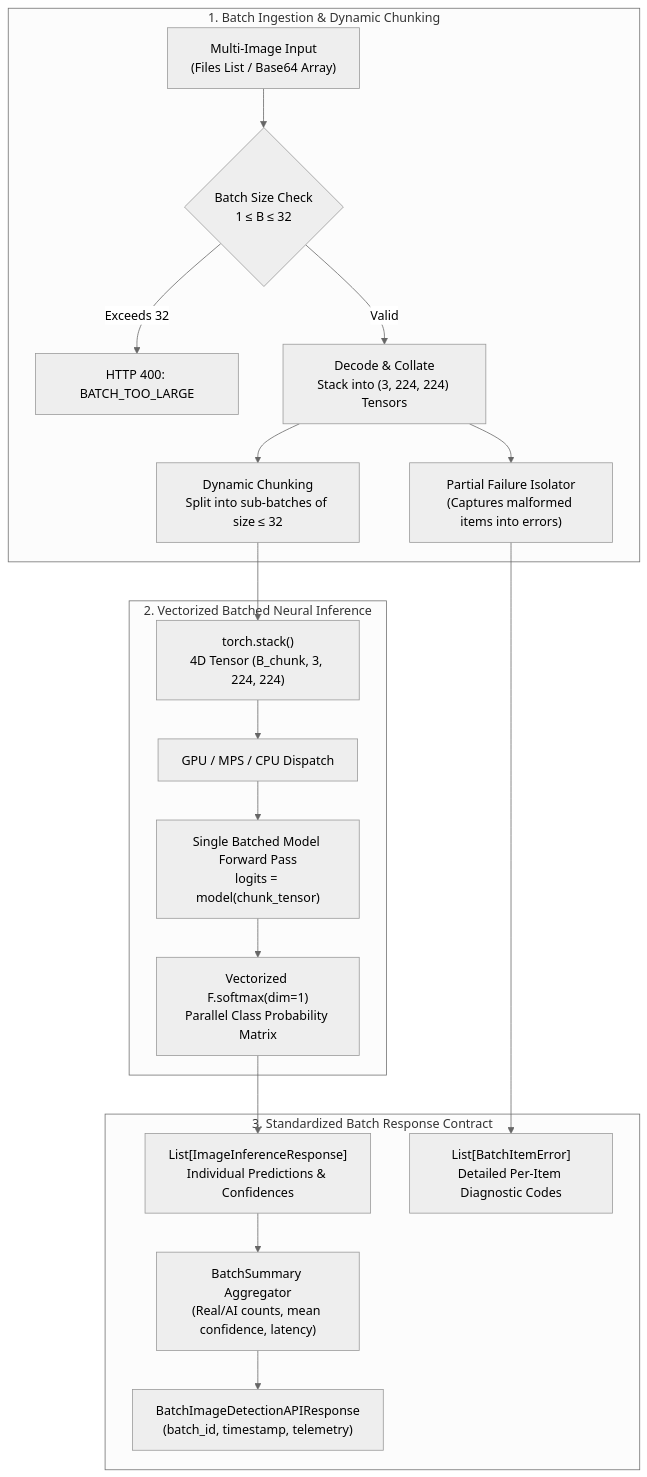
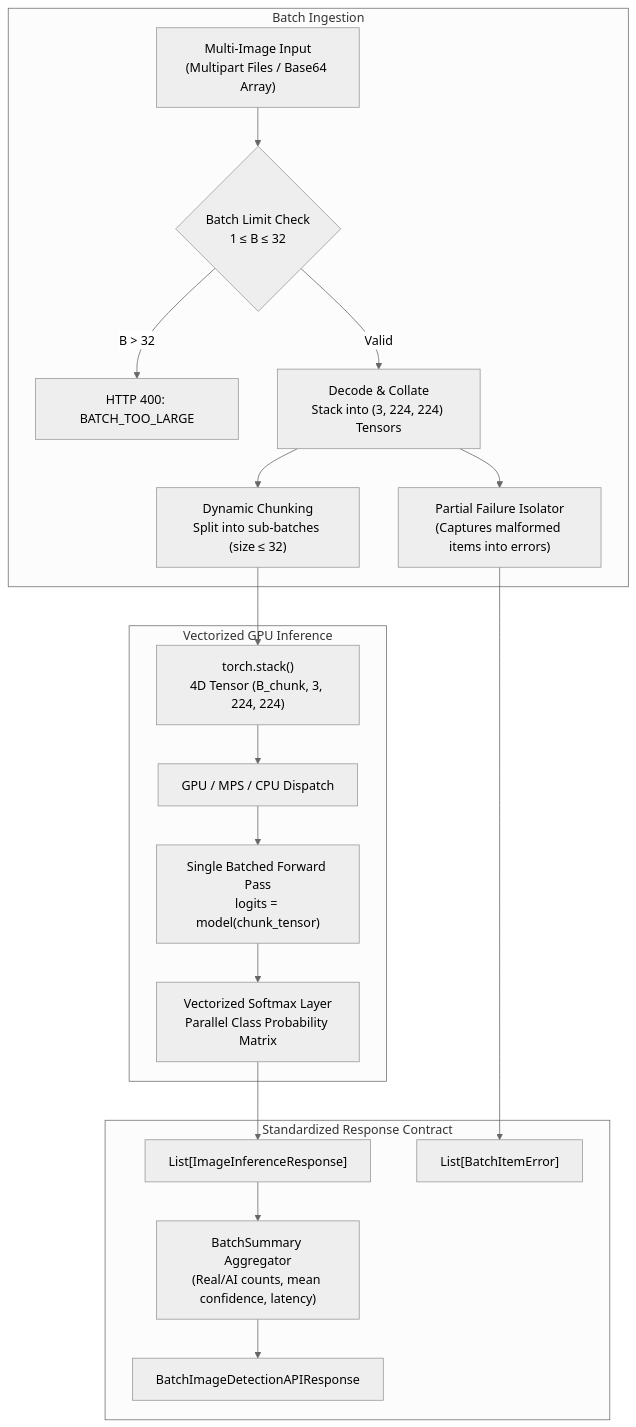
The third of 3 diagrams in README.md (divishamb123/SKIT-AI-2023-2027-07), drawn with Mermaid (neutral theme) before and after one commit. The commit also changed other lines of this file and 7 other files, not shown here.

````diff
--- a/README.md
+++ b/README.md
@@ -168,24 +109,24 @@
 ```mermaid
 flowchart TD
-    subgraph INGESTION ["1. Batch Ingestion & Dynamic Chunking"]
-        Input["Multi-Image Input<br/>(Files List / Base64 Array)"] --> Sizer{"Batch Size Check<br/>1 ≤ B ≤ 32"}
-        Sizer -->|Exceeds 32| Err400["HTTP 400: BATCH_TOO_LARGE"]
-        Sizer -->|Valid| Collate["Decode & Collate<br/>Stack into (3, 224, 224) Tensors"]
+    subgraph BATCH_IN ["Batch Ingestion"]
+        BatchIn["Multi-Image Input<br/>(Multipart Files / Base64 Array)"] --> SizeCheck{"Batch Limit Check<br/>1 ≤ B ≤ 32"}
+        SizeCheck -->|B > 32| Err400["HTTP 400: BATCH_TOO_LARGE"]
+        SizeCheck -->|Valid| Collate["Decode & Collate<br/>Stack into (3, 224, 224) Tensors"]
         Collate --> Fault["Partial Failure Isolator<br/>(Captures malformed items into errors)"]
-        Collate --> Chunker["Dynamic Chunking<br/>Split into sub-batches of size ≤ 32"]
+        Collate --> Chunker["Dynamic Chunking<br/>Split into sub-batches (size ≤ 32)"]
     end
 
-    subgraph ENGINE ["2. Vectorized Batched Neural Inference"]
+    subgraph VECTOR_ENGINE ["Vectorized GPU Inference"]
         Chunker --> TensorStack["torch.stack()<br/>4D Tensor (B_chunk, 3, 224, 224)"]
         TensorStack --> GPU["GPU / MPS / CPU Dispatch"]
-        GPU --> ForwardPass["Single Batched Model Forward Pass<br/>logits = model(chunk_tensor)"]
-        ForwardPass --> VectorSoftmax["Vectorized F.softmax(dim=1)<br/>Parallel Class Probability Matrix"]
+        GPU --> ForwardPass["Single Batched Forward Pass<br/>logits = model(chunk_tensor)"]
+        ForwardPass --> VectorSoftmax["Vectorized Softmax Layer<br/>Parallel Class Probability Matrix"]
     end
 
-    subgraph RESPONSE ["3. Standardized Batch Response Contract"]
-        VectorSoftmax --> ResultsList["List[ImageInferenceResponse]<br/>Individual Predictions & Confidences"]
-        Fault --> ErrorsList["List[BatchItemError]<br/>Detailed Per-Item Diagnostic Codes"]
+    subgraph CONTRACT_OUT ["Standardized Response Contract"]
+        VectorSoftmax --> ResultsList["List[ImageInferenceResponse]"]
+        Fault --> ErrorsList["List[BatchItemError]"]
         ResultsList --> Aggregator["BatchSummary Aggregator<br/>(Real/AI counts, mean confidence, latency)"]
-        Aggregator --> FinalContract["BatchImageDetectionAPIResponse<br/>(batch_id, timestamp, telemetry)"]
+        Aggregator --> FinalContract["BatchImageDetectionAPIResponse"]
     end
 ```
````
